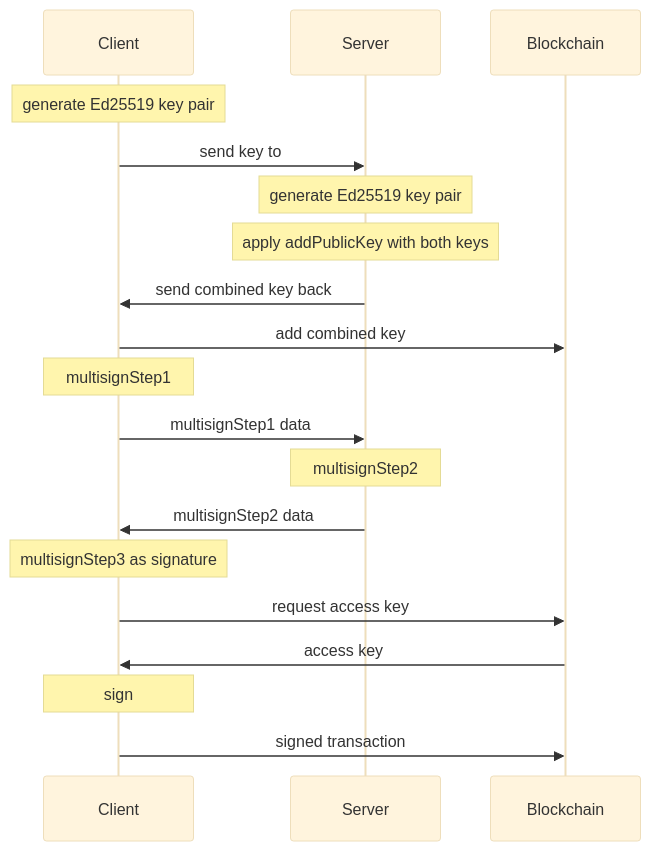
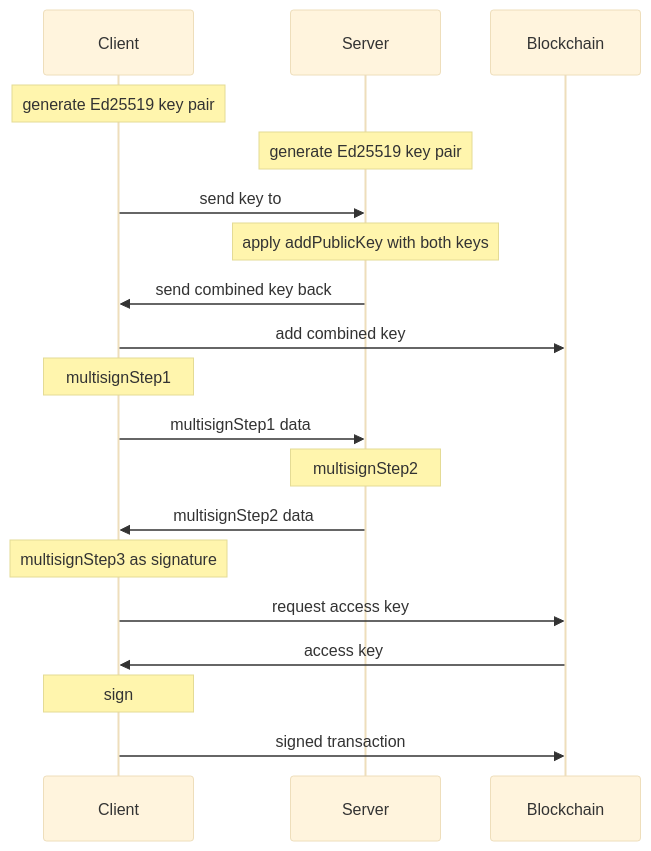
One commit to mynearwallet/multisign changed the diagram in README.md. Above: the diagram before and after it, drawn with Mermaid (base theme). The commit also changed other lines of this file, not shown here.

````diff
--- a/README.md
+++ b/README.md
@@ -26,18 +26,18 @@
 ```mermaid
 sequenceDiagram
     Note over Client: generate Ed25519 key pair
+    Note over Server: generate Ed25519 key pair
     Client->>Server: send key to
-    Note over Server: generate Ed25519 key pair
     Note over Server: apply addPublicKey with both keys
     Server->>Client: send combined key back
     Client->>Blockchain: add combined key
     Note over Client: multisignStep1
     Client->>Server: multisignStep1 data
     Note over Server: multisignStep2
     Server->>Client: multisignStep2 data
     Note over Client: multisignStep3 as signature
     Client->>Blockchain: request access key
     Blockchain->>Client: access key
     Note over Client: sign
     Client->>Blockchain: signed transaction
 ```
````
